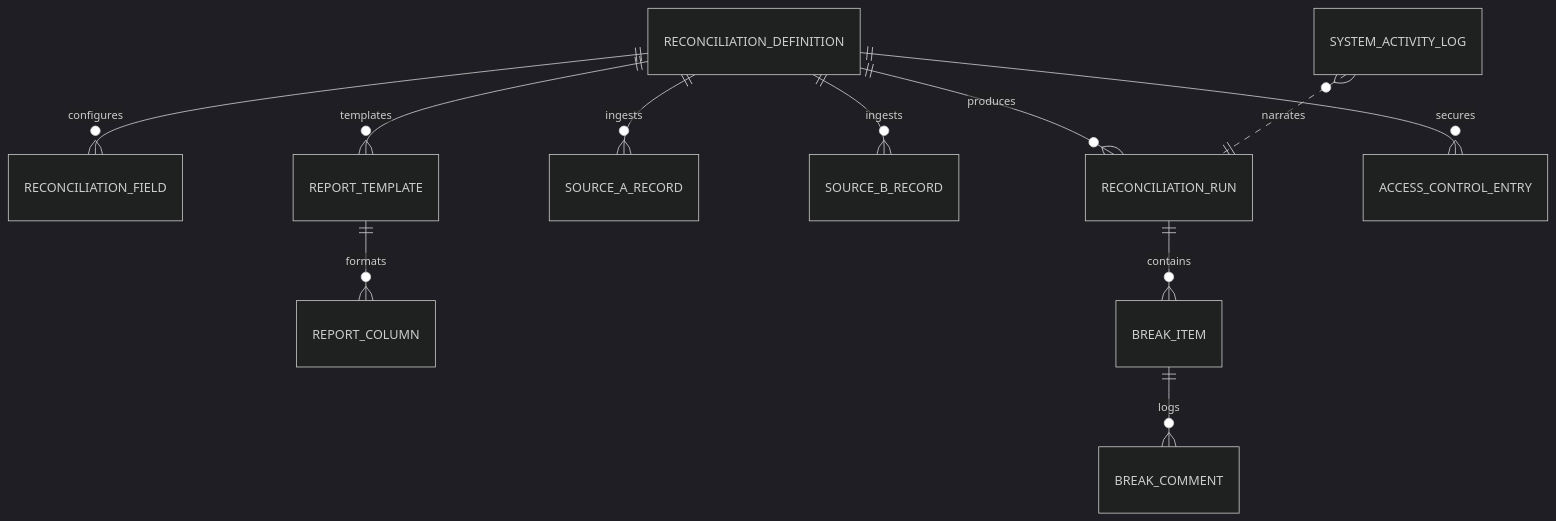
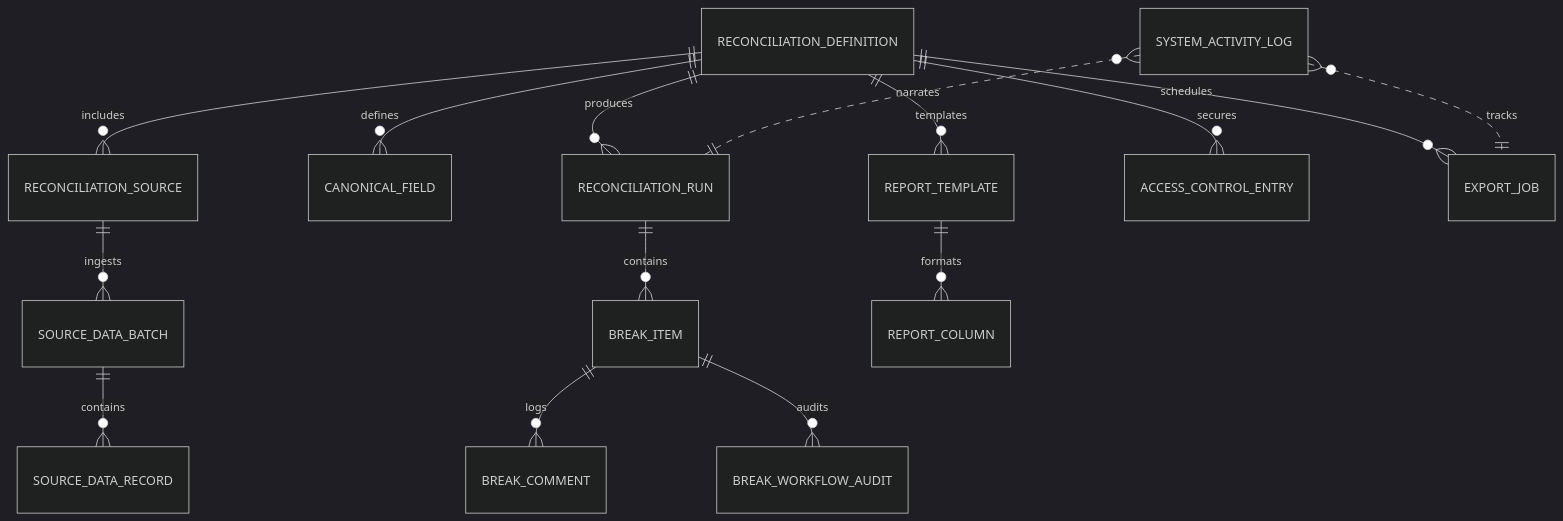
The fourth of 4 diagrams in docs/wiki/Architecture.md (kleash/recon-platform), drawn with Mermaid (dark theme) before and after one commit. The commit also changed other lines of this file and 5 other files, not shown here.

````diff
--- a/docs/wiki/Architecture.md
+++ b/docs/wiki/Architecture.md
@@ -146,13 +151,17 @@
 ```mermaid
 erDiagram
-    RECONCILIATION_DEFINITION ||--o{ RECONCILIATION_FIELD : configures
+    RECONCILIATION_DEFINITION ||--o{ RECONCILIATION_SOURCE : includes
+    RECONCILIATION_DEFINITION ||--o{ CANONICAL_FIELD : defines
+    RECONCILIATION_SOURCE ||--o{ SOURCE_DATA_BATCH : ingests
+    SOURCE_DATA_BATCH ||--o{ SOURCE_DATA_RECORD : contains
     RECONCILIATION_DEFINITION ||--o{ RECONCILIATION_RUN : produces
-    RECONCILIATION_DEFINITION ||--o{ SOURCE_A_RECORD : ingests
-    RECONCILIATION_DEFINITION ||--o{ SOURCE_B_RECORD : ingests
+    RECONCILIATION_RUN ||--o{ BREAK_ITEM : contains
+    BREAK_ITEM ||--o{ BREAK_COMMENT : logs
+    BREAK_ITEM ||--o{ BREAK_WORKFLOW_AUDIT : audits
     RECONCILIATION_DEFINITION ||--o{ REPORT_TEMPLATE : templates
     REPORT_TEMPLATE ||--o{ REPORT_COLUMN : formats
     RECONCILIATION_DEFINITION ||--o{ ACCESS_CONTROL_ENTRY : secures
-    RECONCILIATION_RUN ||--o{ BREAK_ITEM : contains
-    BREAK_ITEM ||--o{ BREAK_COMMENT : logs
+    RECONCILIATION_DEFINITION ||--o{ EXPORT_JOB : schedules
     SYSTEM_ACTIVITY_LOG }o..|| RECONCILIATION_RUN : narrates
+    SYSTEM_ACTIVITY_LOG }o..|| EXPORT_JOB : tracks
 ```
````
